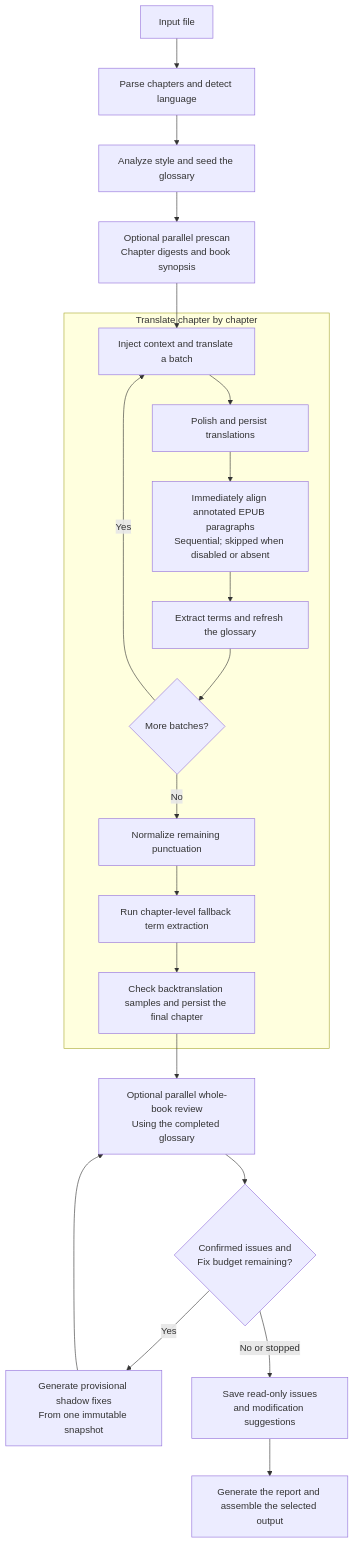
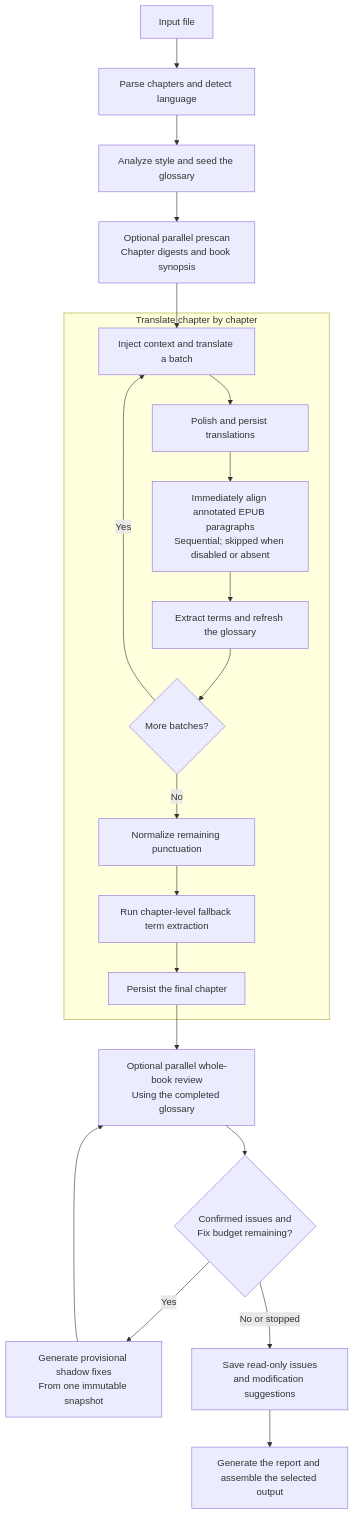
The diagram in README.md (BigDawnGhost/wenyi), drawn with Mermaid before and after one commit. The commit also changed other lines of this file and 21 other files, not shown here.

````diff
--- a/README.md
+++ b/README.md
@@ -160,26 +160,26 @@
 ```mermaid
 flowchart TD
     A[Input file] --> B[Parse chapters and detect language]
     B --> C[Analyze style and seed the glossary]
     C --> D[Optional parallel prescan<br/>Chapter digests and book synopsis]
     D --> E
 
     subgraph T[Translate chapter by chapter]
         E[Inject context and translate a batch]
         E --> F[Polish and persist translations]
         F --> FA[Immediately align annotated EPUB paragraphs<br/>Sequential; skipped when disabled or absent]
         FA --> G[Extract terms and refresh the glossary]
         G --> H{More batches?}
         H -- Yes --> E
         H -- No --> I[Normalize remaining punctuation]
         I --> IB[Run chapter-level fallback term extraction]
-        IB --> J[Check backtranslation samples and persist the final chapter]
+        IB --> J[Persist the final chapter]
     end
 
     J --> K[Optional parallel whole-book review<br/>Using the completed glossary]
     K --> N{Confirmed issues and<br/>Fix budget remaining?}
     N -- Yes --> O[Generate provisional shadow fixes<br/>From one immutable snapshot]
     O --> K
     N -- No or stopped --> P[Save read-only issues<br/>and modification suggestions]
     P --> M[Generate the report and assemble the selected output]
 ```
````
